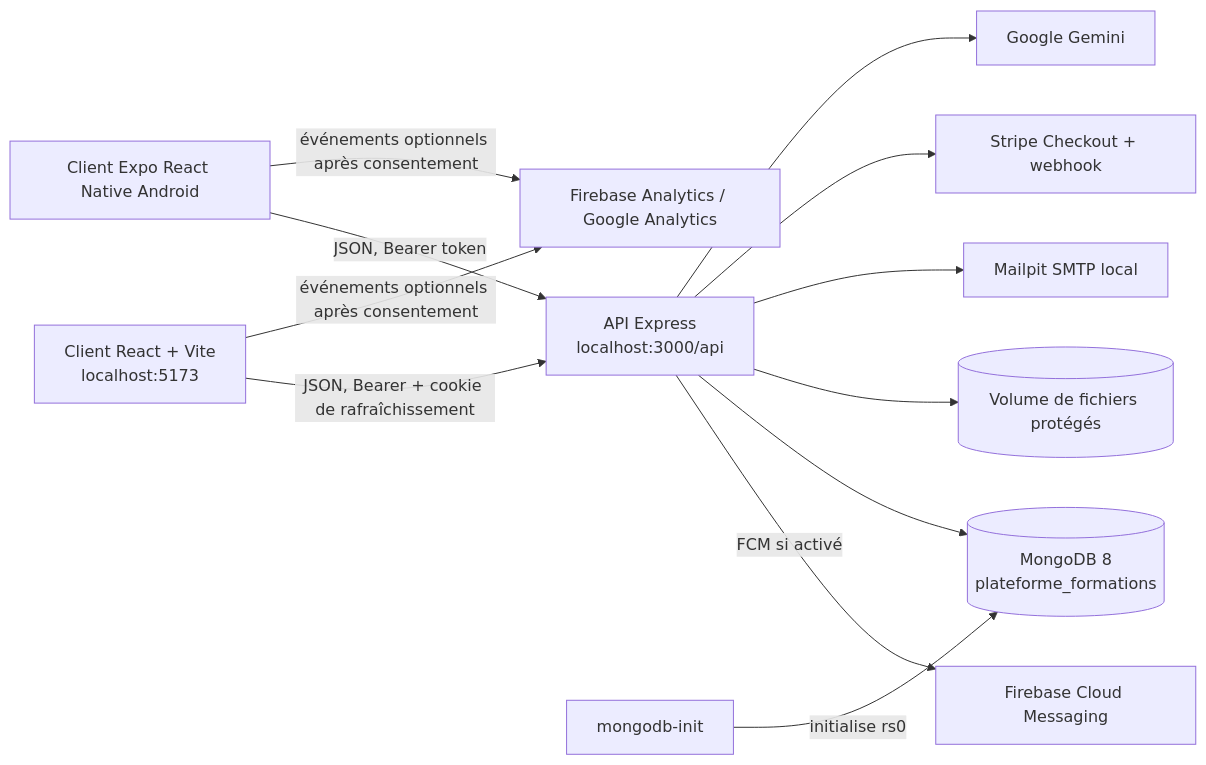
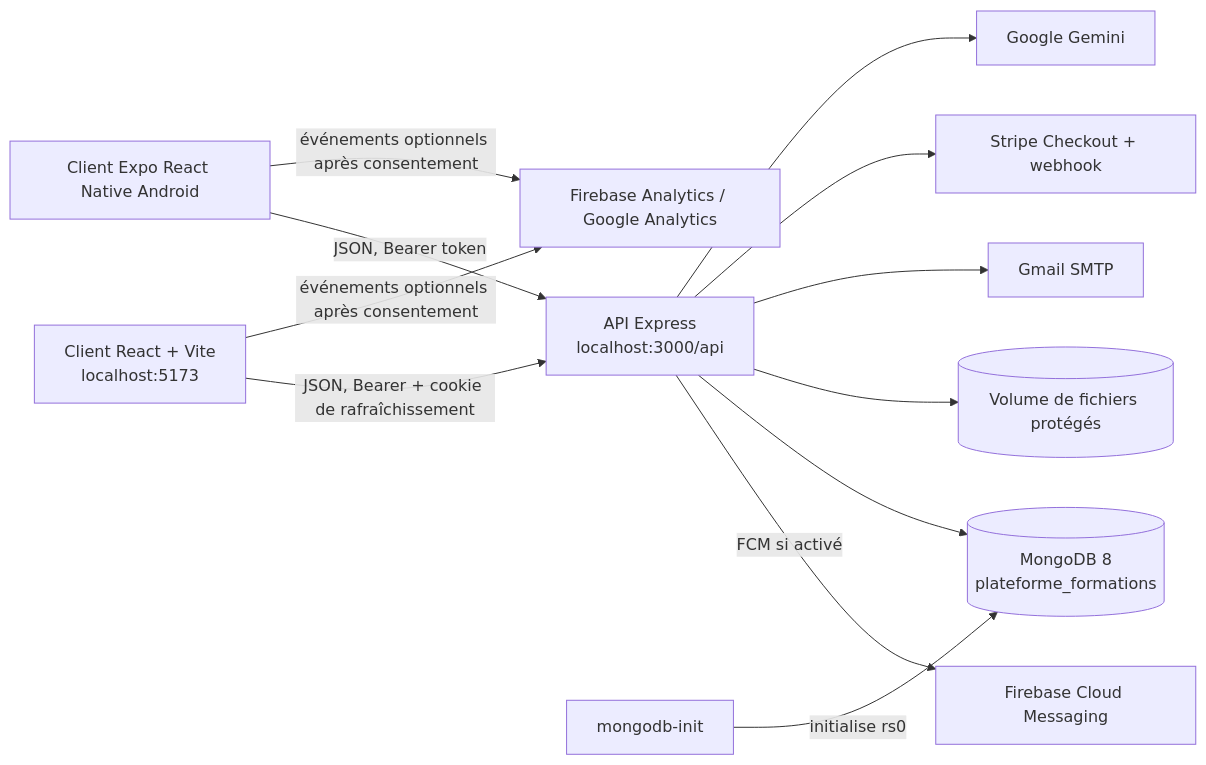
One commit to adambsr/Plateforme_Formations changed the first of 10 diagrams in Docs/Rapport de projet v2 - version definitive.md. Above: the diagram before and after it, drawn with Mermaid. The commit also changed other lines of this file and 29 other files, not shown here.

````diff
--- a/Docs/Rapport de projet v2 - version definitive.md
+++ b/Docs/Rapport de projet v2 - version definitive.md
@@ -122,14 +122,14 @@
 ```mermaid
 flowchart LR
   Browser[Client React + Vite\nlocalhost:5173] -->|JSON, Bearer + cookie de rafraîchissement| API[API Express\nlocalhost:3000/api]
   Browser -->|événements optionnels après consentement| Analytics[Firebase Analytics / Google Analytics]
   Mobile[Client Expo React Native Android] -->|JSON, Bearer token| API
   Mobile -->|événements optionnels après consentement| Analytics
   API -->|FCM si activé| FCM[Firebase Cloud Messaging]
   API --> DB[(MongoDB 8\nplateforme_formations)]
   API --> Storage[(Volume de fichiers protégés)]
-  API --> Mail[Mailpit SMTP local]
+  API --> Mail[Gmail SMTP]
   API --> Stripe[Stripe Checkout + webhook]
   API --> Gemini[Google Gemini]
   Init[mongodb-init] -->|initialise rs0| DB
 ```
````
